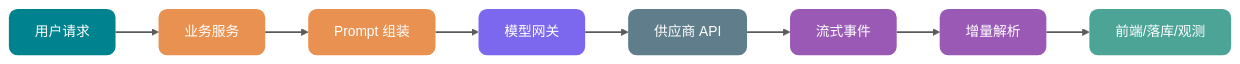
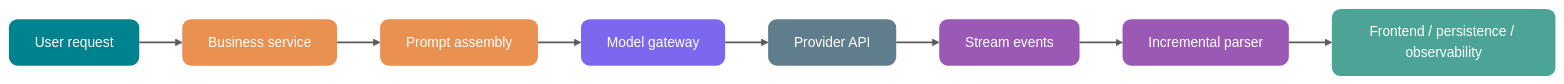
The first of 3 diagrams in docs/ai/llm-basis/llm-api-engineering.md (m3h3d1/JavaGuideEn), drawn with Mermaid before and after one commit. The commit also changed other lines of this file and 108 other files, not shown here.

````diff
--- a/docs/ai/llm-basis/llm-api-engineering.md
+++ b/docs/ai/llm-basis/llm-api-engineering.md
@@ -29,22 +29,22 @@
 ```mermaid
 flowchart LR
-    User["用户请求"]:::client
-    App["业务服务"]:::business
-    Prompt["Prompt 组装"]:::business
-    Gateway["模型网关"]:::gateway
-    Provider["供应商 API"]:::external
-    Stream["流式事件"]:::infra
-    Parser["增量解析"]:::infra
-    Sink["前端/落库/观测"]:::success
+    User["User request"]:::client
+    App["Business service"]:::business
+    Prompt["Prompt assembly"]:::business
+    Gateway["Model gateway"]:::gateway
+    Provider["Provider API"]:::external
+    Stream["Stream events"]:::infra
+    Parser["Incremental parser"]:::infra
+    Sink["Frontend / persistence / observability"]:::success
 
     User --> App --> Prompt --> Gateway --> Provider --> Stream --> Parser --> Sink
 
     classDef client fill:#00838F,color:#FFFFFF,stroke:none,rx:10,ry:10
     classDef business fill:#E99151,color:#FFFFFF,stroke:none,rx:10,ry:10
     classDef gateway fill:#7B68EE,color:#FFFFFF,stroke:none,rx:10,ry:10
     classDef external fill:#607D8B,color:#FFFFFF,stroke:none,rx:10,ry:10
     classDef infra fill:#9B59B6,color:#FFFFFF,stroke:none,rx:10,ry:10
     classDef success fill:#4CA497,color:#FFFFFF,stroke:none,rx:10,ry:10
 
     linkStyle default stroke-width:2px,stroke:#333333,opacity:0.8
 ```
````
